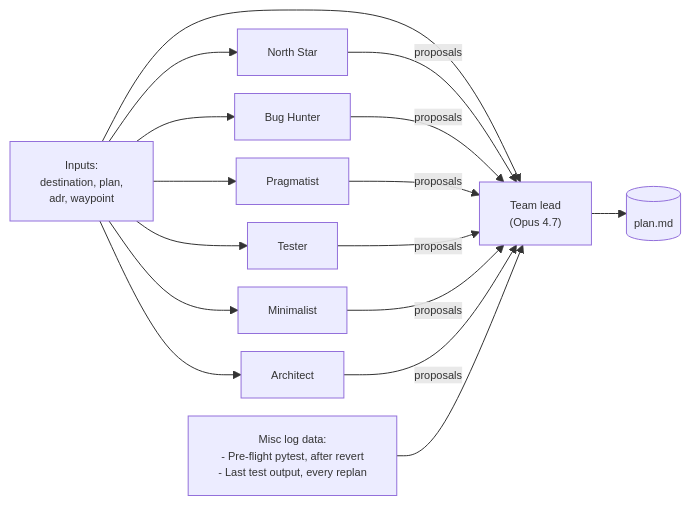
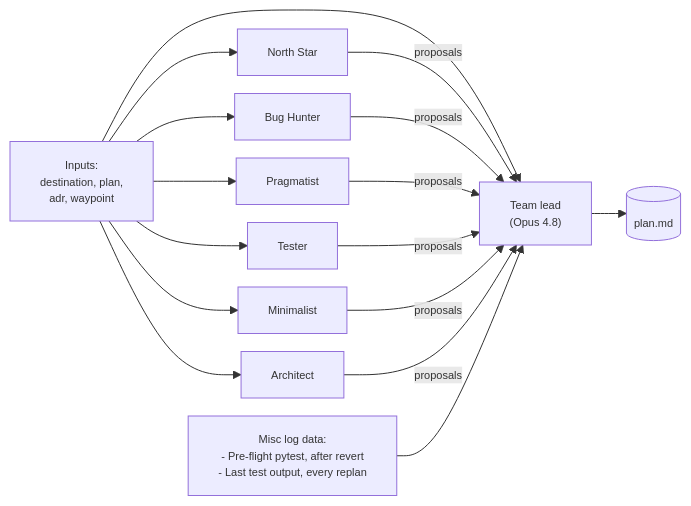
Before and after one commit to haakonbull/autosprint: the second of 2 diagrams in README.md, drawn with Mermaid. The commit also changed other lines of this file and 24 other files, not shown here.

````diff
--- a/README.md
+++ b/README.md
@@ -250,30 +250,30 @@
 ```mermaid
 %%{init: {'themeVariables': {'fontSize':'11px'}, 'flowchart': {'nodeSpacing': 18, 'rankSpacing': 35}}}%%
 flowchart LR
     I["Inputs:<br/>destination, plan,<br/>adr, waypoint"]
     M1[North Star]
     M2[Bug Hunter]
     M3[Pragmatist]
     M4[Tester]
     M5[Minimalist]
     M6[Architect]
-    L["Team lead<br/>(Opus 4.7)"]
+    L["Team lead<br/>(Opus 4.8)"]
     LOG["Misc log data:<br/>- Pre-flight pytest, after revert<br/>- Last test output, every replan"]
     P[("plan.md")]
 
     I --> M1
     I --> M2
     I --> M3
     I --> M4
     I --> M5
     I --> M6
     I --> L
     M1 -->|proposals| L
     M2 -->|proposals| L
     M3 -->|proposals| L
     M4 -->|proposals| L
     M5 -->|proposals| L
     M6 -->|proposals| L
     LOG --> L
     L --> P
 ```
````
